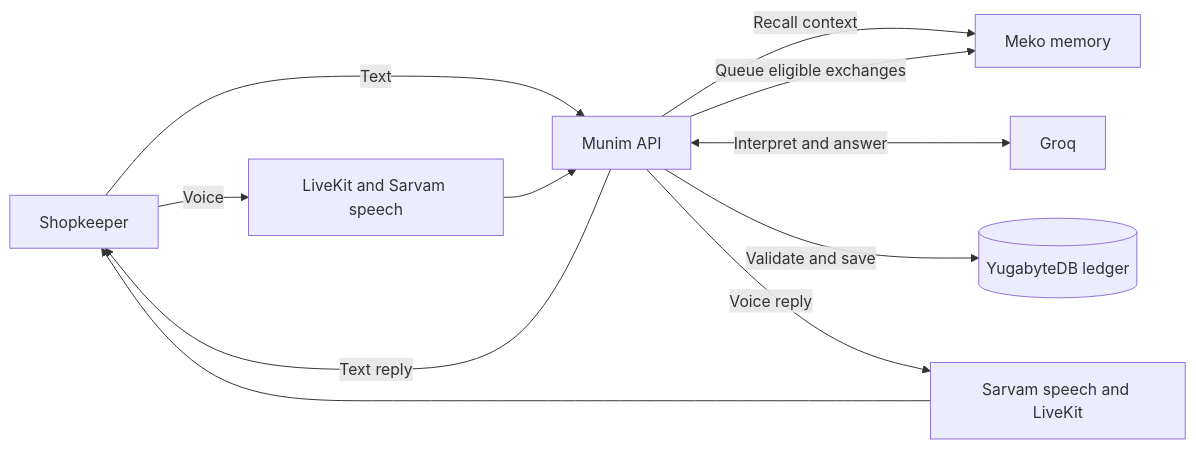
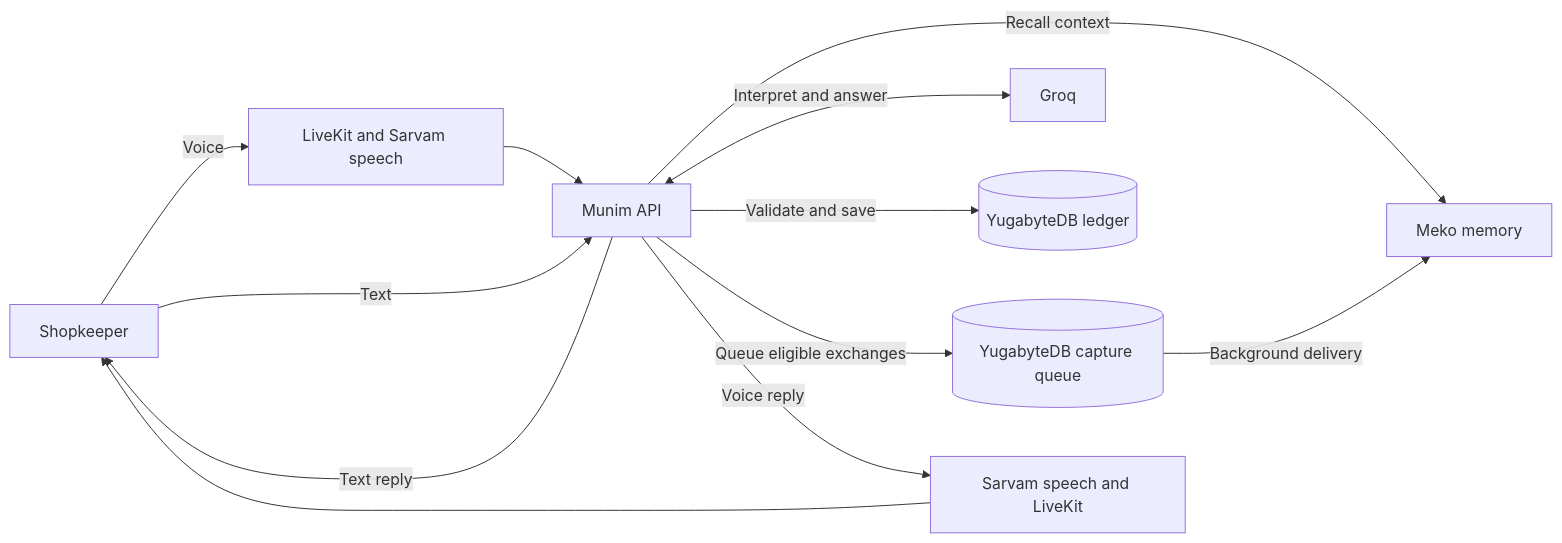
The diagram in README.md (atharva-again/munim), drawn with Mermaid before and after one commit. The commit also changed other lines of this file, not shown here.

````diff
--- a/README.md
+++ b/README.md
@@ -24,13 +48,14 @@
 ```mermaid
 flowchart LR
     User[Shopkeeper] -->|Voice| LiveKit[LiveKit and Sarvam speech]
     User -->|Text| API[Munim API]
     LiveKit --> API
     API -->|Recall context| Meko[Meko memory]
     API <-->|Interpret and answer| Groq[Groq]
     API -->|Validate and save| DB[(YugabyteDB ledger)]
-    API -->|Queue eligible exchanges| Meko
+    API -->|Queue eligible exchanges| Queue[(YugabyteDB capture queue)]
+    Queue -->|Background delivery| Meko
     API -->|Text reply| User
     API -->|Voice reply| Speech[Sarvam speech and LiveKit]
     Speech --> User
 ```
````
